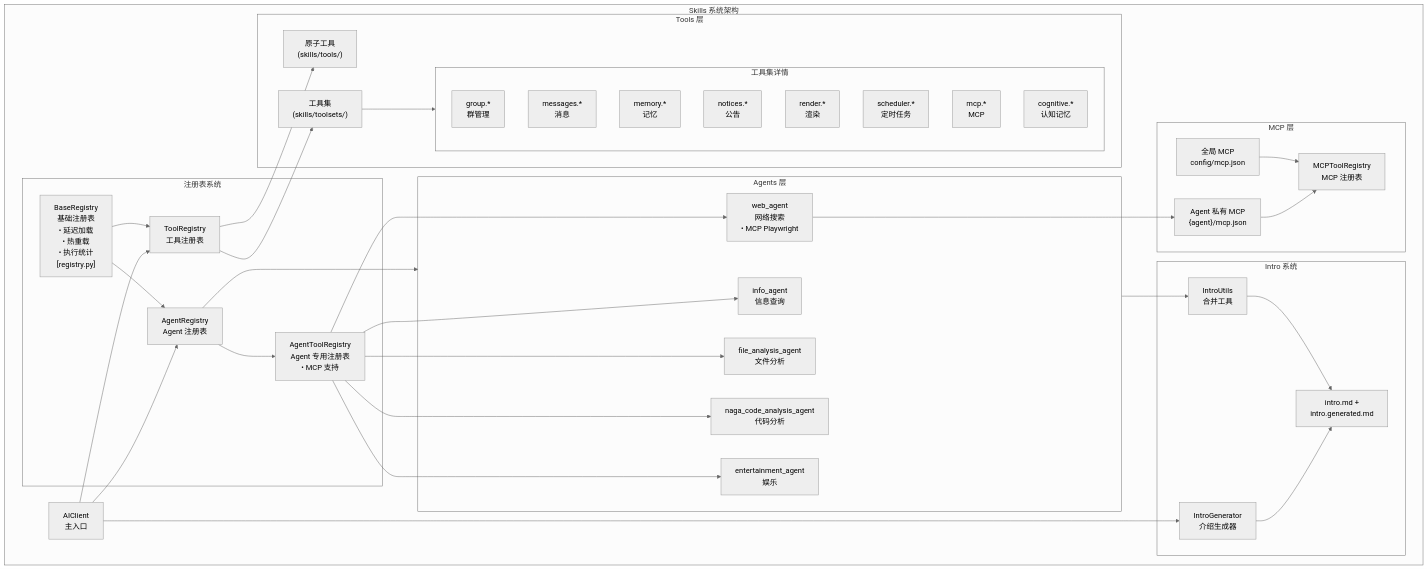
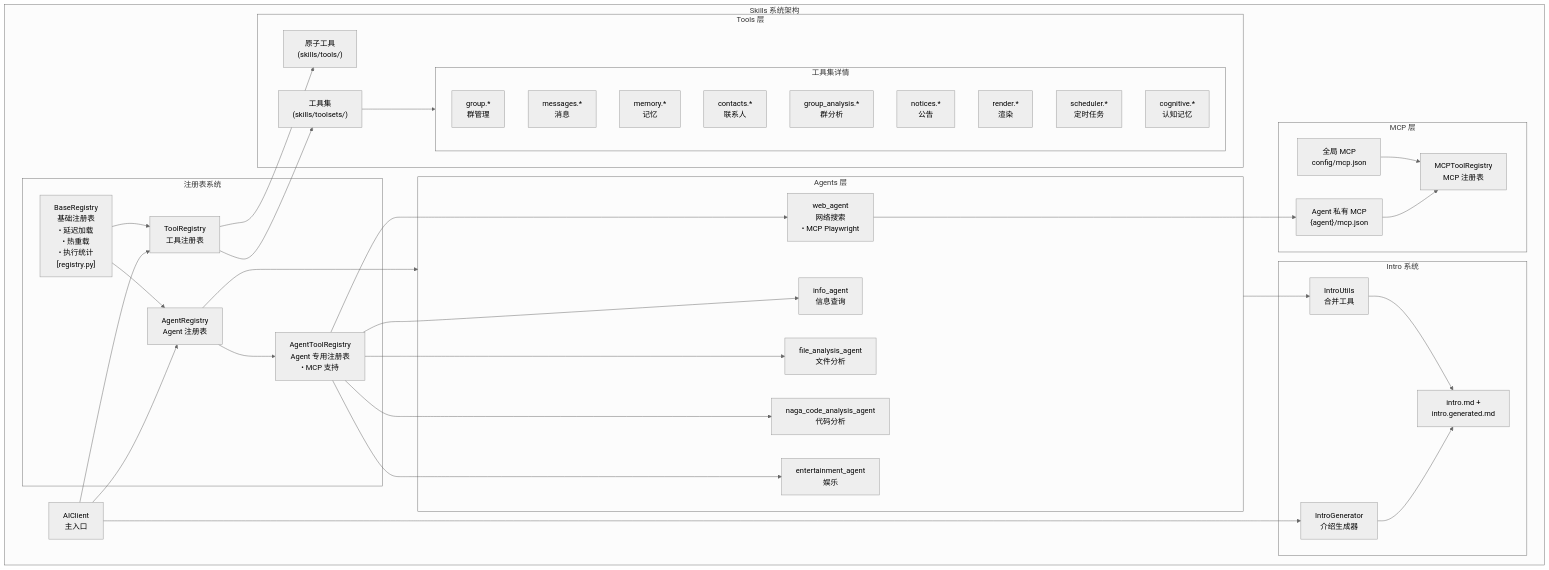
Before and after one commit to 69gg/Undefined: the third of 8 diagrams in ARCHITECTURE.md, drawn with Mermaid (neutral theme). The commit also changed other lines of this file, not shown here.

Commit message:
docs: sync architecture with cognitive memory pipeline

````diff
--- a/ARCHITECTURE.md
+++ b/ARCHITECTURE.md
@@ -395,76 +418,77 @@
 ```mermaid
 graph TB
     subgraph SkillsArchitecture["Skills 系统架构"]
         AIClient["AIClient<br/>主入口"]
         
         subgraph RegistrySystem["注册表系统"]
             BaseRegistry["BaseRegistry<br/>基础注册表<br/>• 延迟加载<br/>• 热重载<br/>• 执行统计<br/>[registry.py]"]
             ToolRegistry["ToolRegistry<br/>工具注册表"]
             AgentRegistry["AgentRegistry<br/>Agent 注册表"]
             AgentToolReg["AgentToolRegistry<br/>Agent 专用注册表<br/>• MCP 支持"]
         end
         
         subgraph ToolsLayer["Tools 层"]
             AtomicTools["原子工具<br/>(skills/tools/)"]
             Toolsets["工具集<br/>(skills/toolsets/)"]
             
             subgraph ToolsetsDetail["工具集详情"]
                 TGroup["group.*<br/>群管理"]
                 TMsg["messages.*<br/>消息"]
                 TMem["memory.*<br/>记忆"]
+                TContacts["contacts.*<br/>联系人"]
+                TGroupAnalysis["group_analysis.*<br/>群分析"]
                 TNotice["notices.*<br/>公告"]
                 TRender["render.*<br/>渲染"]
                 TSched["scheduler.*<br/>定时任务"]
-                TMCP["mcp.*<br/>MCP"]
                 TCognitive["cognitive.*<br/>认知记忆"]
             end
         end
         
         subgraph AgentsLayer["Agents 层"]
             InfoAgent["info_agent<br/>信息查询"]
             WebAgent["web_agent<br/>网络搜索<br/>• MCP Playwright"]
             FileAgent["file_analysis_agent<br/>文件分析"]
             NagaAgent["naga_code_analysis_agent<br/>代码分析"]
             EntAgent["entertainment_agent<br/>娱乐"]
         end
         
         subgraph IntroSystem["Intro 系统"]
             IntroGen["IntroGenerator<br/>介绍生成器"]
             IntroUtils["IntroUtils<br/>合并工具"]
             IntroFiles["intro.md +<br/>intro.generated.md"]
         end
         
         subgraph MCPLayer["MCP 层"]
             MCPReg["MCPToolRegistry<br/>MCP 注册表"]
             MCPGlobal["全局 MCP<br/>config/mcp.json"]
             MCPAgent["Agent 私有 MCP<br/>{agent}/mcp.json"]
         end
     end
     
     %% 连接
     AIClient --> ToolRegistry
     AIClient --> AgentRegistry
     AIClient --> IntroGen
     
     BaseRegistry --> ToolRegistry
     BaseRegistry --> AgentRegistry
     ToolRegistry --> AtomicTools
     ToolRegistry --> Toolsets
     Toolsets --> ToolsetsDetail
     AgentRegistry --> AgentsLayer
     
     AgentRegistry --> AgentToolReg
     AgentToolReg --> InfoAgent
     AgentToolReg --> WebAgent
     AgentToolReg --> FileAgent
     AgentToolReg --> NagaAgent
     AgentToolReg --> EntAgent
     
     WebAgent --> MCPAgent
     MCPAgent --> MCPReg
     MCPGlobal --> MCPReg
     
     IntroGen --> IntroFiles
     IntroUtils --> IntroFiles
     AgentsLayer --> IntroUtils
 ```
````
